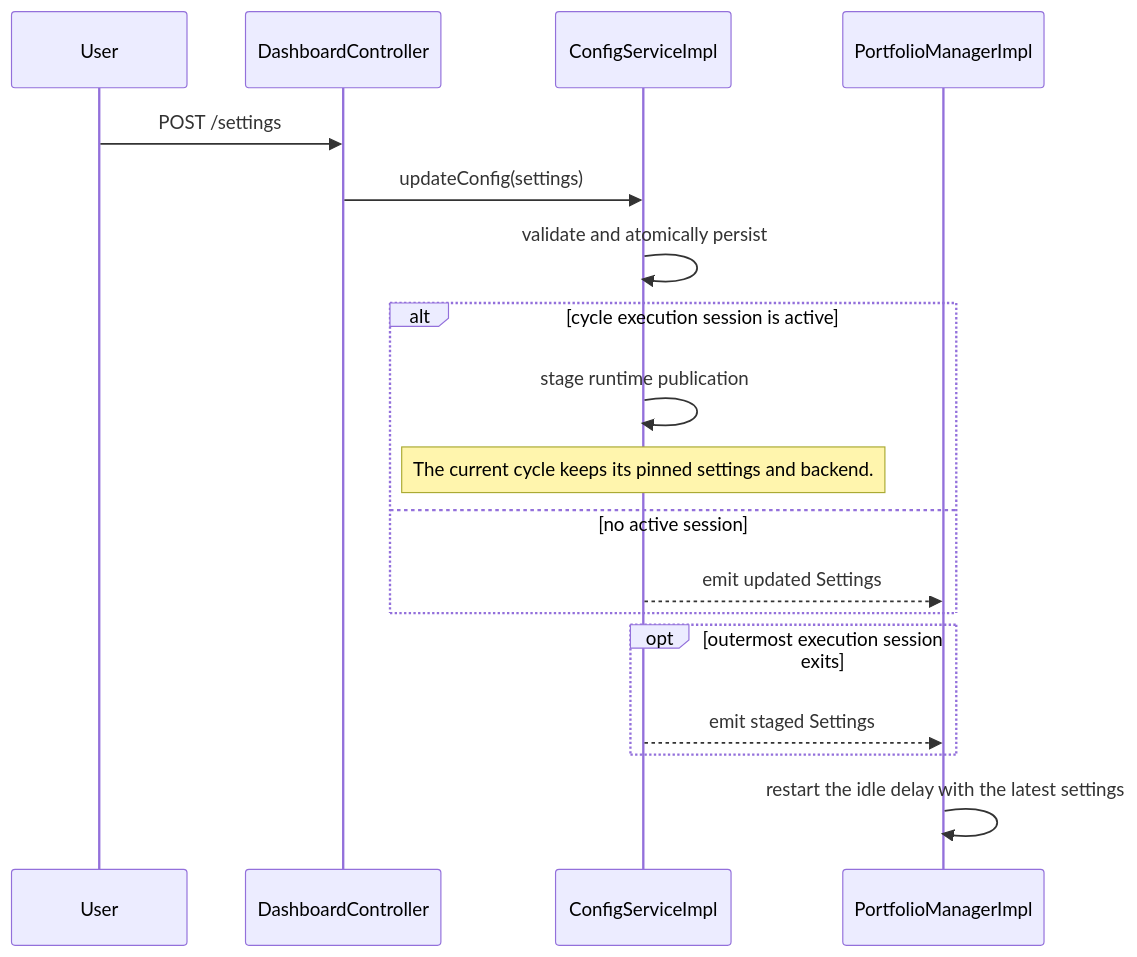
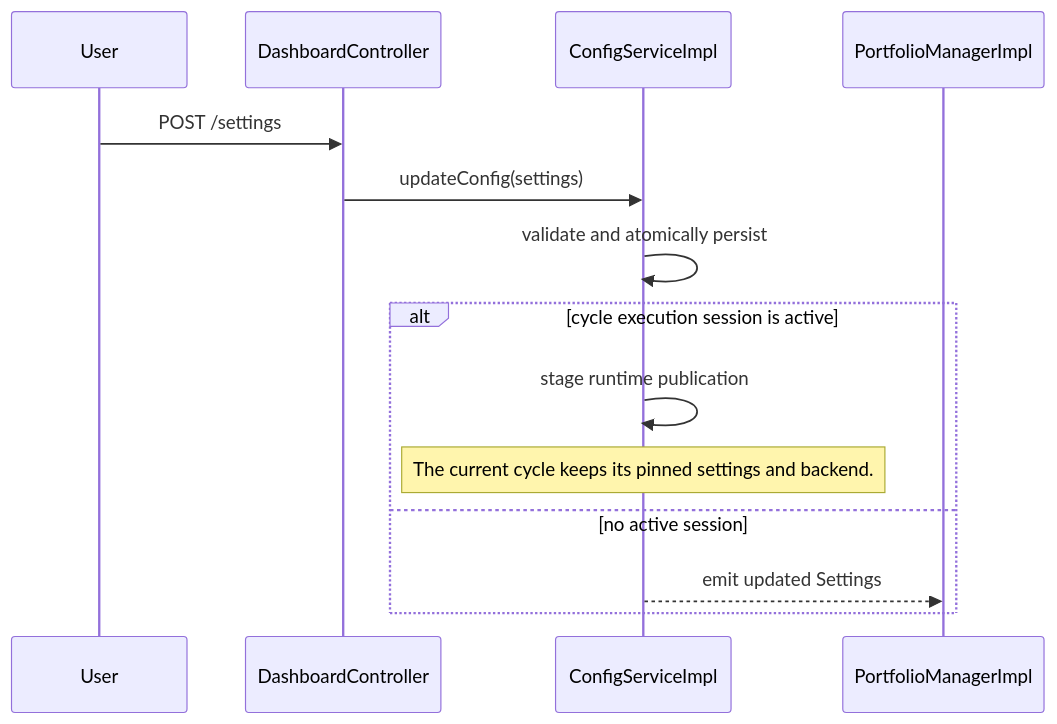
Before and after one commit to HyperVon/new-kraken-rebalancer: the second of 3 diagrams in docs/FLOWS.md, drawn with Mermaid. The commit also changed other lines of this file and 232 other files, not shown here.

````diff
--- a/docs/FLOWS.md
+++ b/docs/FLOWS.md
@@ -95,21 +72,17 @@
 ```mermaid
 sequenceDiagram
     participant User
     participant Controller as DashboardController
     participant Config as ConfigServiceImpl
     participant PM as PortfolioManagerImpl
 
     User->>Controller: POST /settings
     Controller->>Config: updateConfig(settings)
     Config->>Config: validate and atomically persist
     alt cycle execution session is active
         Config->>Config: stage runtime publication
         Note over Config: The current cycle keeps its pinned settings and backend.
     else no active session
         Config-->>PM: emit updated Settings
     end
-    opt outermost execution session exits
-        Config-->>PM: emit staged Settings
-    end
-    PM->>PM: restart the idle delay with the latest settings
 ```
````
